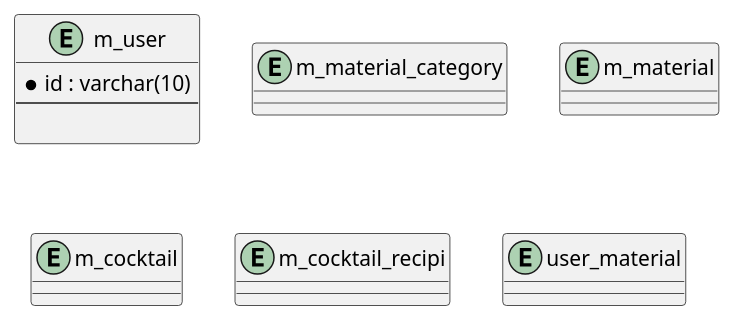
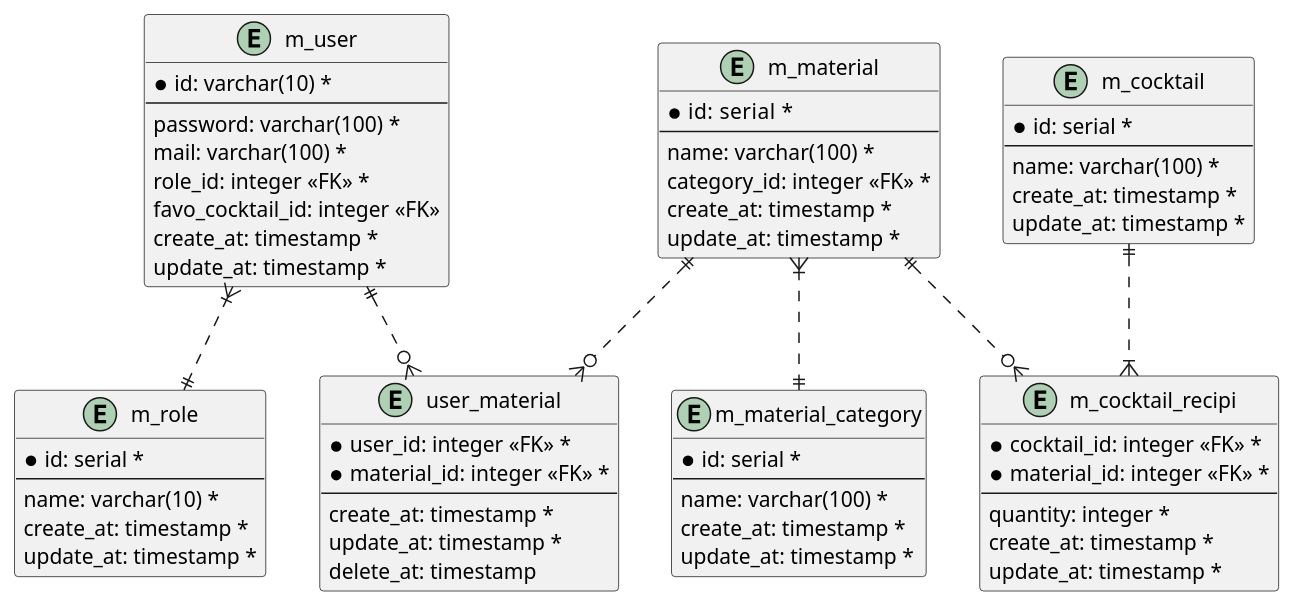
One commit to OkahashiKa/mycocktails changed the diagram in 90.document/10.design/TableDesign.md. Above: the diagram before and after it, drawn with PlantUML.

Commit message:
docs: write er design.

````diff
--- a/90.document/10.design/TableDesign.md
+++ b/90.document/10.design/TableDesign.md
@@ -16,29 +16,73 @@
 ``` plantuml
 @startuml
 entity "m_user" as u {
-    *id : varchar(10)
+    *id: varchar(10) *
     --
+    password: varchar(100) *
+    mail: varchar(100) *
+    role_id: integer <<FK>> *
+    favo_cocktail_id: integer <<FK>>
+    create_at: timestamp *
+    update_at: timestamp *
+}
 
+entity "m_role" as r {
+    *id: serial *
+    --
+    name: varchar(10) *
+    create_at: timestamp *
+    update_at: timestamp *
 }
 
 entity "m_material_category" as mc {
-
+    *id: serial *
+    --
+    name: varchar(100) *
+    create_at: timestamp *
+    update_at: timestamp *
 }
 
 entity "m_material" as m {
-
+    *id:  serial *
+    --
+    name: varchar(100) *
+    category_id: integer <<FK>> *
+    create_at: timestamp *
+    update_at: timestamp *
 }
 
 entity "m_cocktail" as c {
-
+    *id: serial *
+    --
+    name: varchar(100) *
+    create_at: timestamp *
+    update_at: timestamp *
 }
 
 entity "m_cocktail_recipi" as cr {
-
+    *cocktail_id: integer <<FK>> *
+    *material_id: integer <<FK>> *
+    --
+    quantity: integer *
+    create_at: timestamp *
+    update_at: timestamp *
 }
 
 entity "user_material" as um {
+    *user_id: integer <<FK>> *
+    *material_id: integer <<FK>> *
+    --
+    create_at: timestamp *
+    update_at: timestamp *
+    delete_at: timestamp
+}
 
-}
+u }|..|| r
+u ||..o{ um
+m ||..o{ um
+m }|..|| mc
+m ||..o{ cr
+c ||..|{ cr
+
 @enduml
 ```
````
